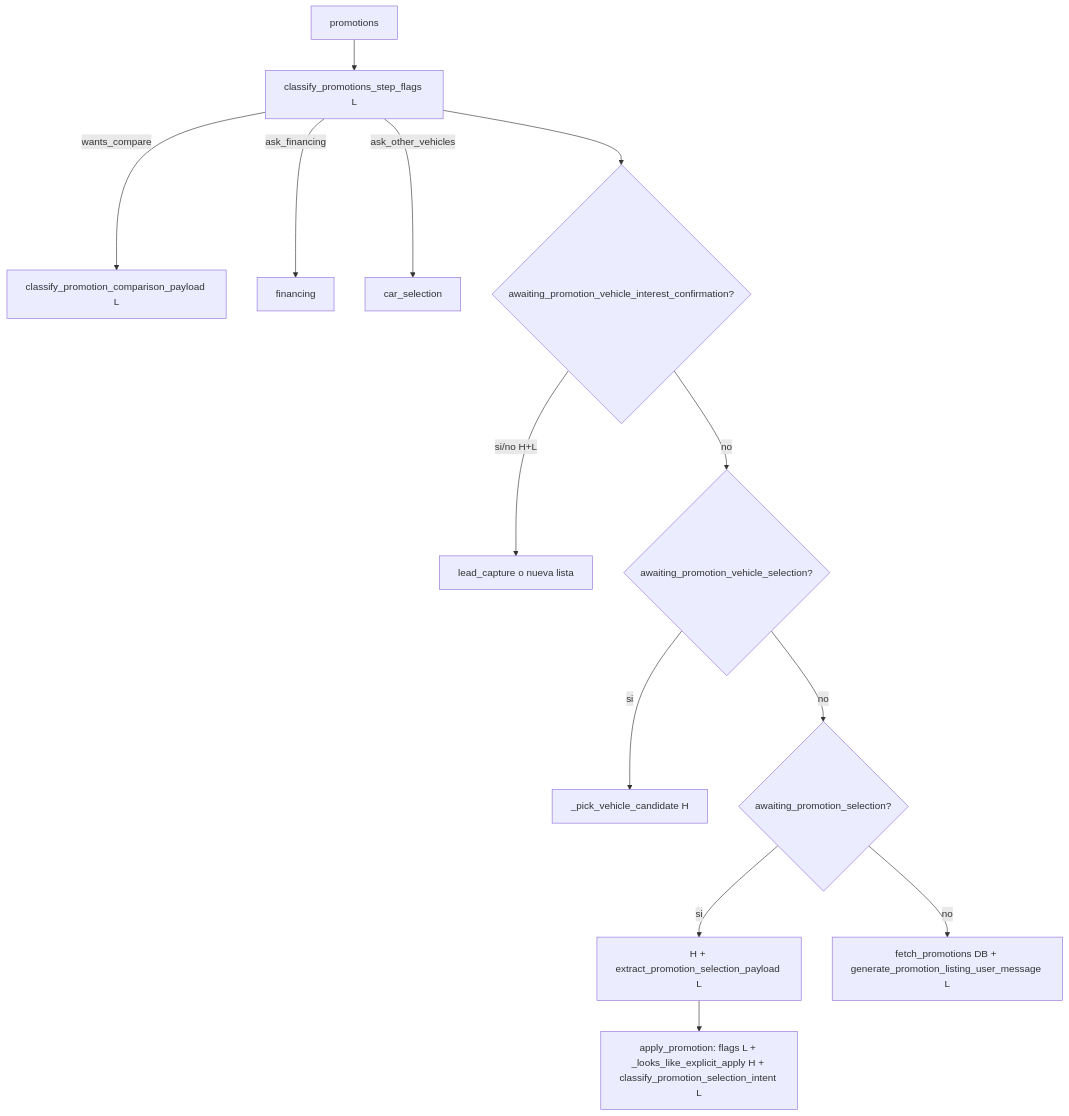
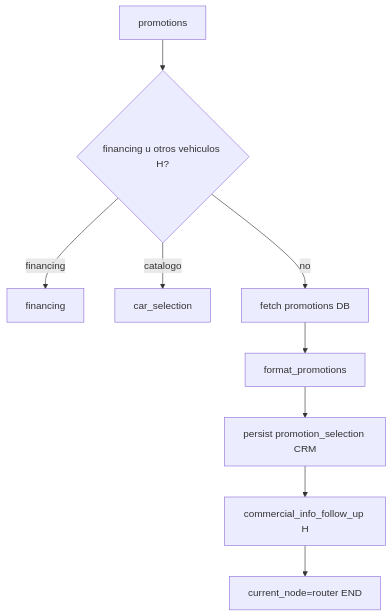
One commit to JoseManuelGdlO/car-advisor-bot changed the ninth of 11 diagrams in bot/docs/flujo-completo.md. Above: the diagram before and after it, drawn with Mermaid. The commit also changed other lines of this file and 24 other files, not shown here.

First line of the commit message:
refactor: financing and promotions nodes for informative responses

````diff
--- a/bot/docs/flujo-completo.md
+++ b/bot/docs/flujo-completo.md
@@ -434,15 +421,11 @@
 ```mermaid
 flowchart TD
-    entry[promotions] --> navFlags["classify_promotions_step_flags L"]
-    navFlags -->|wants_compare| comparePromo["classify_promotion_comparison_payload L"]
-    navFlags -->|ask_financing| finNode[financing]
-    navFlags -->|ask_other_vehicles| carNode[car_selection]
-    navFlags --> interestConfirm{awaiting_promotion_vehicle_interest_confirmation?}
-    interestConfirm -->|si/no H+L| leadOrList[lead_capture o nueva lista]
-    interestConfirm -->|no| vehicleSelect{awaiting_promotion_vehicle_selection?}
-    vehicleSelect -->|si| pickVeh["_pick_vehicle_candidate H"]
-    vehicleSelect -->|no| promoSelect{awaiting_promotion_selection?}
-    promoSelect -->|si| pickPromo["H + extract_promotion_selection_payload L"]
-    pickPromo --> applyCheck["apply_promotion: flags L + _looks_like_explicit_apply H + classify_promotion_selection_intent L"]
-    promoSelect -->|no| listPromo["fetch_promotions DB + generate_promotion_listing_user_message L"]
+    entry[promotions] --> hop{financing u otros vehiculos H?}
+    hop -->|financing| finNode[financing]
+    hop -->|catalogo| carNode[car_selection]
+    hop -->|no| fetch["fetch promotions DB"]
+    fetch --> format["format_promotions"]
+    format --> persist["persist promotion_selection CRM"]
+    persist --> follow["commercial_info_follow_up H"]
+    follow --> endInfo["current_node=router END"]
 ```
````
